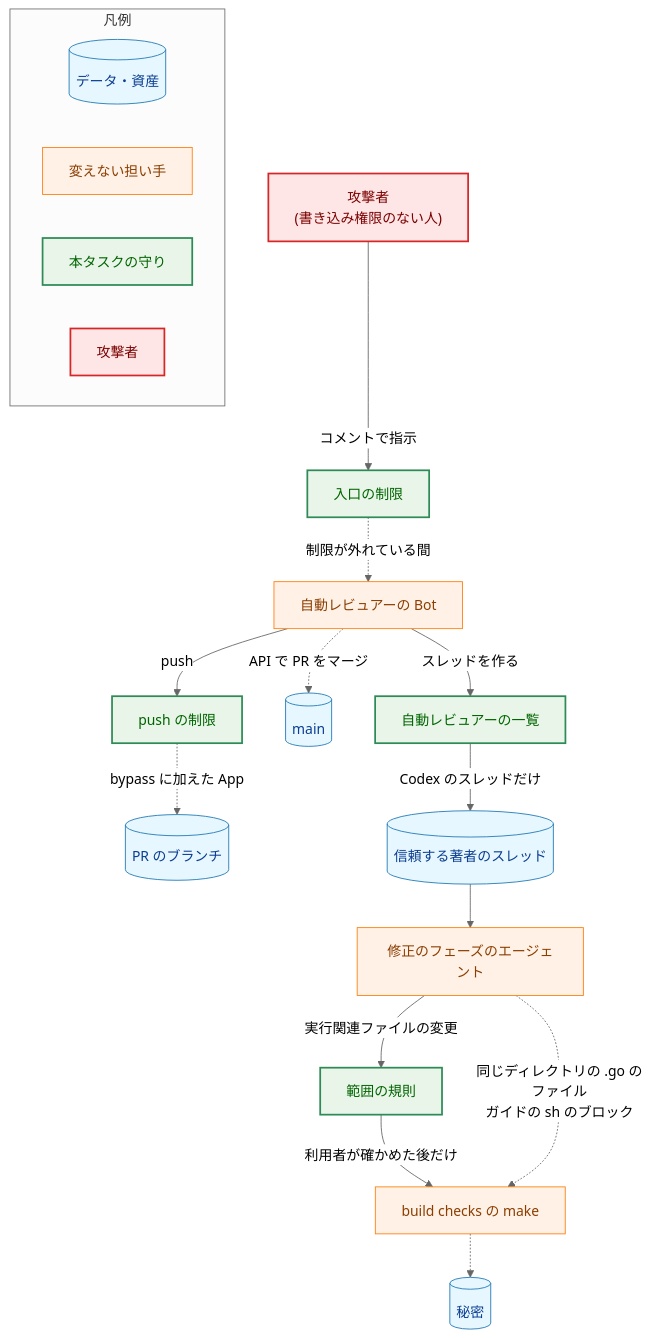
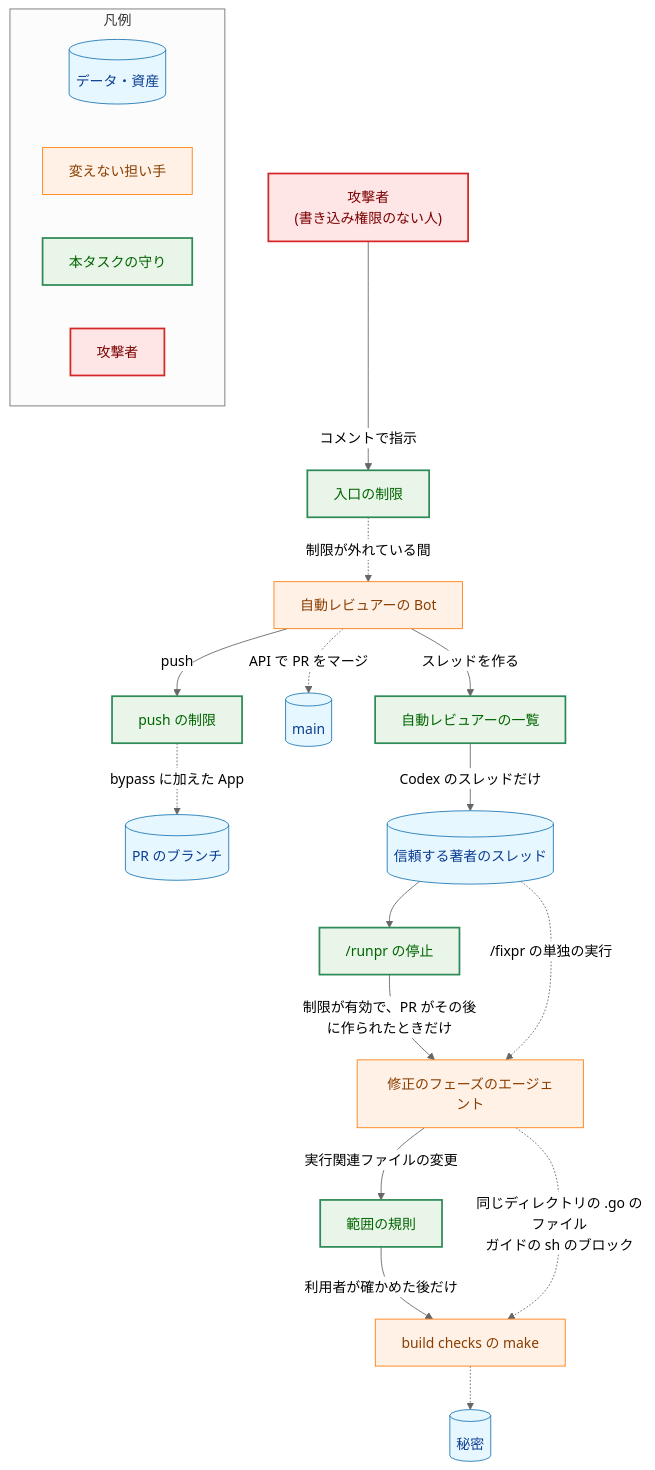
One commit to isseis/yt2column changed the fourth of 5 diagrams in docs/tasks/0057_reviewer_relay_guard/02_architecture.md. Above: the diagram before and after it, drawn with Mermaid (neutral theme). The commit also changed other lines of this file and 1 other file, not shown here.

First line of the commit message:
docs(0057): stop /runpr when the interaction limit lapsed or the PR predates it

````diff
--- a/docs/tasks/0057_reviewer_relay_guard/02_architecture.md
+++ b/docs/tasks/0057_reviewer_relay_guard/02_architecture.md
@@ -613,49 +651,52 @@
 ```mermaid
 flowchart TD
     classDef data fill:#e6f7ff,stroke:#1f77b4,stroke-width:1px,color:#0b3d91;
     classDef process fill:#fff1e6,stroke:#ff7f0e,stroke-width:1px,color:#8a3e00;
     classDef enhanced fill:#e8f5e8,stroke:#2e8b57,stroke-width:2px,color:#006400;
     classDef problem fill:#ffe6e6,stroke:#d62728,stroke-width:2px,color:#7b0000;
 
     ATT["攻撃者<br>(書き込み権限のない人)"]
     D1["入口の制限"]
     BOTS["自動レビュアーの Bot"]
     D2["push の制限"]
     BR[("PR のブランチ")]
     MAINB[("main")]
     D3["自動レビュアーの一覧"]
     TT[("信頼する著者のスレッド")]
     AG["修正のフェーズのエージェント"]
     D4["範囲の規則"]
+    D5["/runpr の停止"]
     MK["build checks の make"]
     SEC[("秘密")]
 
     ATT -->|"コメントで指示"| D1
     D1 -.->|"制限が外れている間"| BOTS
     BOTS -->|"push"| D2
     D2 -.->|"bypass に加えた App"| BR
     BOTS -.->|"API で PR をマージ"| MAINB
     BOTS -->|"スレッドを作る"| D3
     D3 -->|"Codex のスレッドだけ"| TT
-    TT --> AG
+    TT --> D5
+    D5 -->|"制限が有効で、PR がその後に作られたときだけ"| AG
+    TT -.->|"/fixpr の単独の実行"| AG
     AG -->|"実行関連ファイルの変更"| D4
     D4 -->|"利用者が確かめた後だけ"| MK
     AG -.->|"同じディレクトリの .go のファイル<br>ガイドの sh のブロック"| MK
     MK -.-> SEC
 
     class ATT problem
     class BOTS,AG,MK process
     class BR,MAINB,TT,SEC data
-    class D1,D2,D3,D4 enhanced
+    class D1,D2,D3,D4,D5 enhanced
 
     subgraph Legend["凡例"]
         LG1[("データ・資産")]
         LG2["変えない担い手"]
         LG3["本タスクの守り"]
         LG4["攻撃者"]
     end
     class LG1 data
     class LG2 process
     class LG3 enhanced
     class LG4 problem
 ```
````
